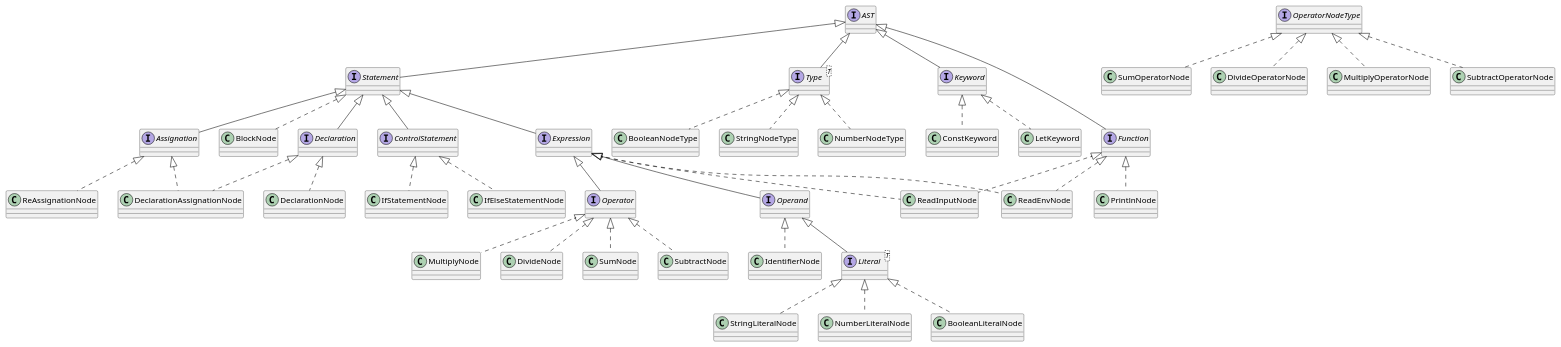
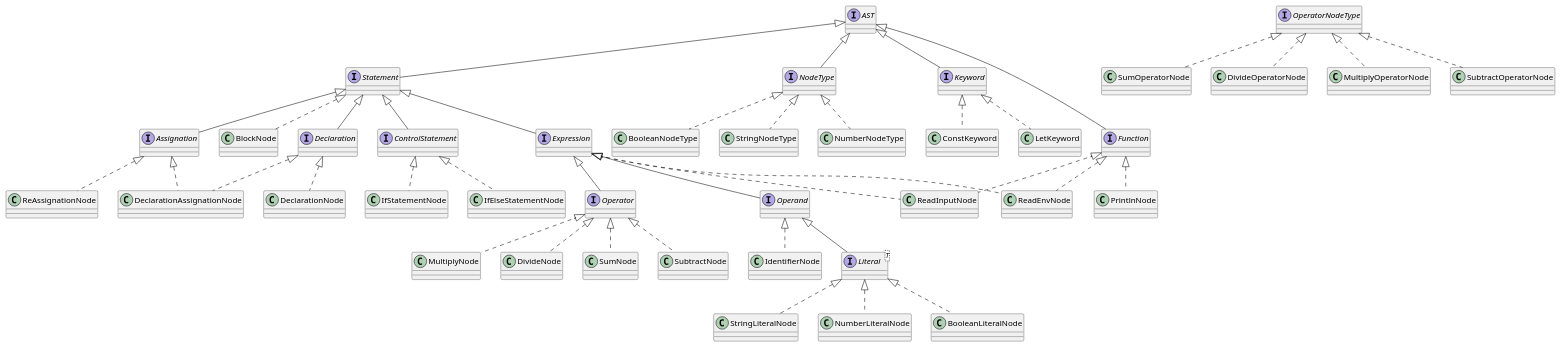
The diagram in diagrams/astWithoutVariables.puml (Chanflito/PrintScript), drawn with PlantUML before and after one commit. The commit also changed 6 other files, not shown here.

```diff
--- a/diagrams/astWithoutVariables.puml
+++ b/diagrams/astWithoutVariables.puml
@@ -1,75 +1,75 @@
 @startuml
 
 interface AST
 
 interface Expression implements Statement
 
 class IdentifierNode implements Operand
 
 interface Statement implements AST
 
-interface Type <T> implements AST
+interface NodeType implements AST
 
 interface Literal<T> implements Operand
 
 class StringLiteralNode implements Literal
 
 class NumberLiteralNode implements Literal
 
 class BooleanLiteralNode implements Literal
 
 interface Keyword implements AST
 
 class LetKeyword implements Keyword
 
 class ConstKeyword implements Keyword
 
 interface Declaration implements Statement
 
 class DeclarationNode implements Declaration
 
 interface Assignation implements Statement
 
 class ReAssignationNode implements Assignation
 
 class DeclarationAssignationNode implements Assignation, Declaration
 
 interface Operator implements Expression
 
 interface Operand implements Expression
 
 interface Function implements AST
 
 class MultiplyNode implements Operator
 
 class DivideNode implements Operator
 
 class SumNode implements Operator
 
 class SubtractNode implements Operator
 
-class BooleanNodeType implements Type
-class StringNodeType implements Type
-class NumberNodeType implements Type
+class BooleanNodeType implements NodeType
+class StringNodeType implements NodeType
+class NumberNodeType implements NodeType
 
 class PrintlnNode implements Function
 
 class ReadInputNode implements Function, Expression
 
 class ReadEnvNode implements Function, Expression
 
 interface ControlStatement implements Statement
 
 class IfStatementNode implements ControlStatement
 
 class IfElseStatementNode implements ControlStatement
 
 class BlockNode implements Statement
 
 interface OperatorNodeType
 class SumOperatorNode implements OperatorNodeType
 class DivideOperatorNode implements OperatorNodeType
 class MultiplyOperatorNode implements OperatorNodeType
 class SubtractOperatorNode implements OperatorNodeType
 
 @enduml
```
